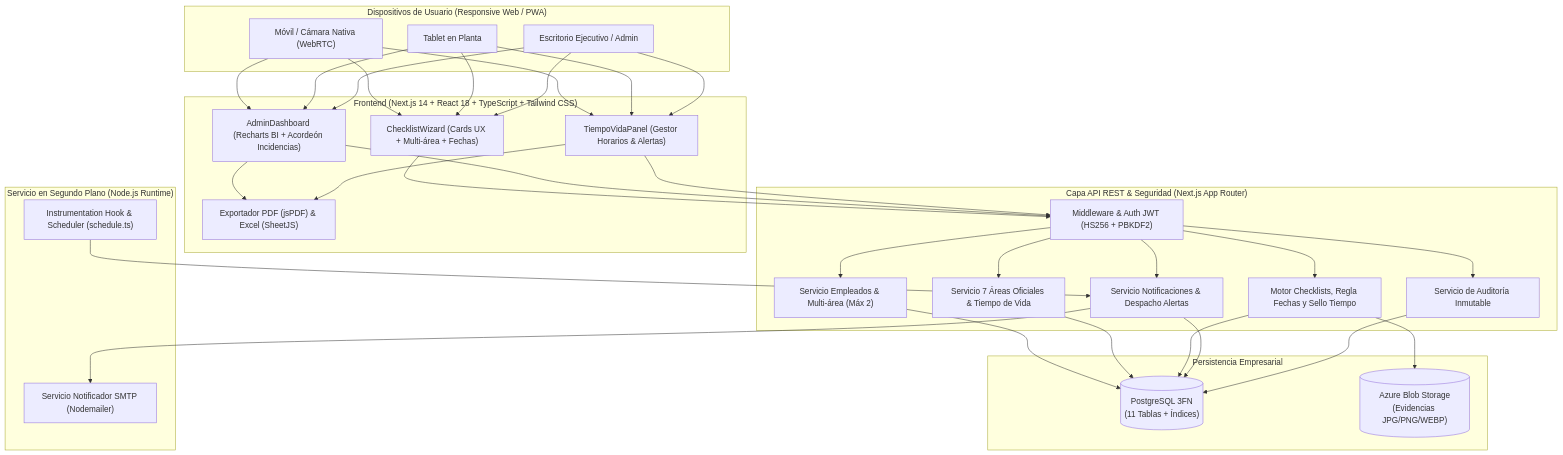
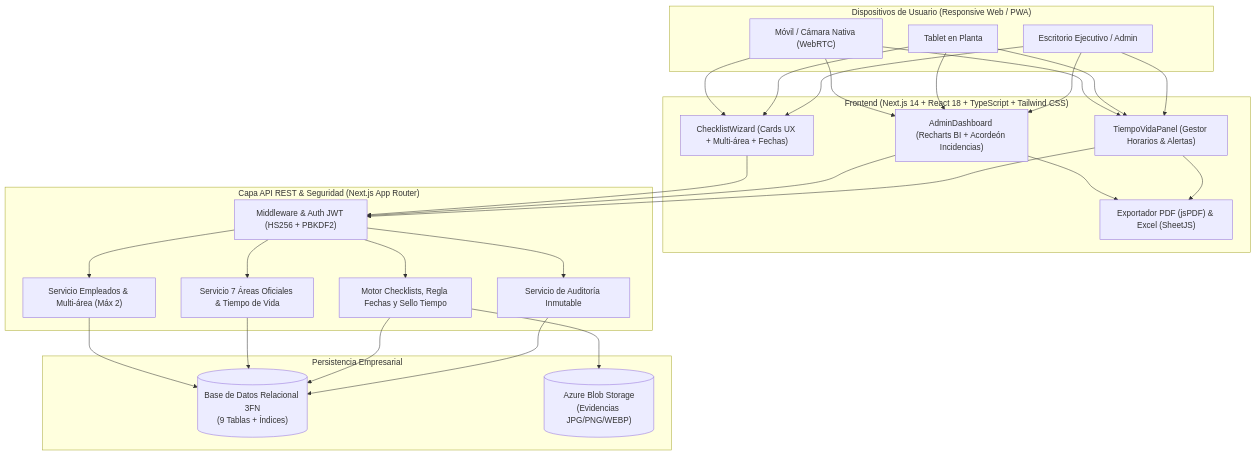
The first of 3 diagrams in DOCUMENTACION_ARQUITECTURA.md (alexteori14/CheckList), drawn with Mermaid before and after one commit. The commit also changed other lines of this file and 21 other files, not shown here.

````diff
--- a/DOCUMENTACION_ARQUITECTURA.md
+++ b/DOCUMENTACION_ARQUITECTURA.md
@@ -123,43 +121,35 @@
 ```mermaid
 flowchart TB
     subgraph Clientes["Dispositivos de Usuario (Responsive Web / PWA)"]
         M["Móvil / Cámara Nativa (WebRTC)"]
         T["Tablet en Planta"]
         D["Escritorio Ejecutivo / Admin"]
     end
 
     subgraph Frontend["Frontend (Next.js 14 + React 18 + TypeScript + Tailwind CSS)"]
         CW["ChecklistWizard (Cards UX + Multi-área + Fechas)"]
         AD["AdminDashboard (Recharts BI + Acordeón Incidencias)"]
         TVP["TiempoVidaPanel (Gestor Horarios & Alertas)"]
         EX["Exportador PDF (jsPDF) & Excel (SheetJS)"]
     end
 
-    subgraph Background["Servicio en Segundo Plano (Node.js Runtime)"]
-        SCHED["Instrumentation Hook & Scheduler (schedule.ts)"]
-        SMTP["Servicio Notificador SMTP (Nodemailer)"]
-    end
-
     subgraph Backend["Capa API REST & Seguridad (Next.js App Router)"]
         JWT["Middleware & Auth JWT (HS256 + PBKDF2)"]
         EMP["Servicio Empleados & Multi-área (Máx 2)"]
         AREAS["Servicio 7 Áreas Oficiales & Tiempo de Vida"]
         CHK["Motor Checklists, Regla Fechas y Sello Tiempo"]
-        NOTIF["Servicio Notificaciones & Despacho Alertas"]
         AUD["Servicio de Auditoría Inmutable"]
     end
 
     subgraph Datos["Persistencia Empresarial"]
-        PG[("PostgreSQL 3FN\n(11 Tablas + Índices)")]
+        PG[("Base de Datos Relacional 3FN\n(9 Tablas + Índices)")]
         BLOB[("Azure Blob Storage\n(Evidencias JPG/PNG/WEBP)")]
     end
 
     M & T & D --> CW & AD & TVP
     AD & TVP --> EX
     CW & AD & TVP --> JWT
-    JWT --> EMP & AREAS & CHK & NOTIF & AUD
-    EMP & AREAS & CHK & NOTIF & AUD --> PG
+    JWT --> EMP & AREAS & CHK & AUD
+    EMP & AREAS & CHK & AUD --> PG
     CHK --> BLOB
-    SCHED --> NOTIF
-    NOTIF --> SMTP
 ```
````
